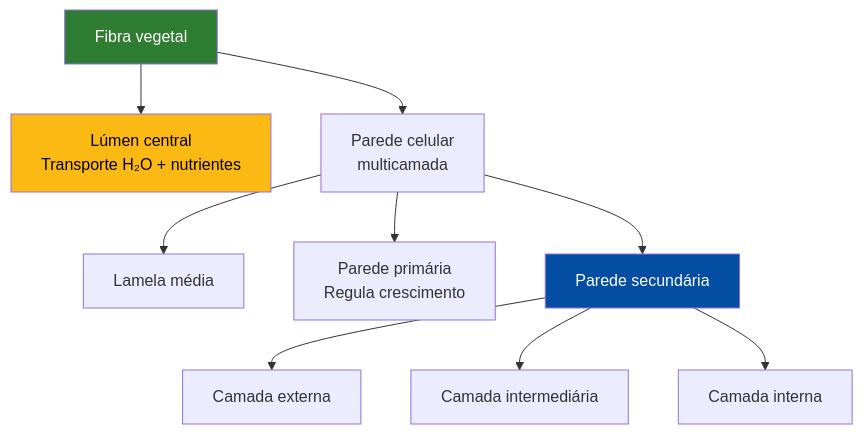
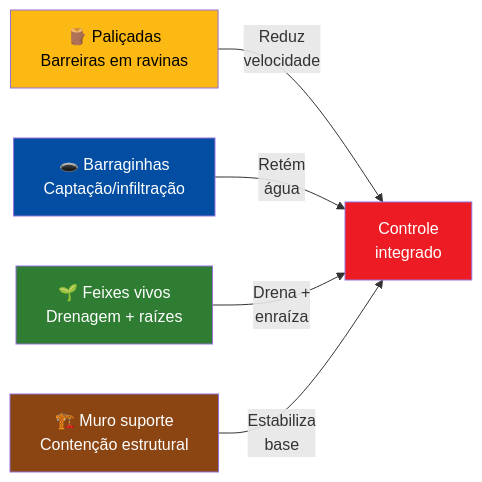
One commit to ldvsantos/cv changed the second of 10 diagrams in aulas/bioengenharia_de_solos/aulas/aula10_feixes_vivos/aula10_feixes_vivos.qmd. Above: the diagram before and after it, drawn with Mermaid. The commit also changed other lines of this file and 23 other files, not shown here.

Commit message:
Aula 10: reestrutura feixes vivos  inicia por tecnicas de bioengenharia (6 tecnicas do paper XXIII SBRH), drenos verdes apos; adiciona 7 fotos de especies vegetais (Wikimedia) e 7 fotos de referencia das tecnicas

````diff
--- a/aulas/bioengenharia_de_solos/aulas/aula10_feixes_vivos/aula10_feixes_vivos.qmd
+++ b/aulas/bioengenharia_de_solos/aulas/aula10_feixes_vivos/aula10_feixes_vivos.qmd
@@ -176,15 +368,13 @@
 ```{mermaid}
-%%| fig-width: 4.5
-graph TB
-    A["Fibra vegetal"] --> B["Lúmen central<br>Transporte H₂O + nutrientes"]
-    A --> C["Parede celular<br>multicamada"]
-    C --> D["Lamela média"]
-    C --> E["Parede primária<br>Regula crescimento"]
-    C --> F["Parede secundária"]
-    F --> G["Camada externa"]
-    F --> H["Camada intermediária"]
-    F --> I["Camada interna"]
-    style A fill:#2E7D32,color:#fff
-    style B fill:#FDB913,color:#000
-    style F fill:#034EA2,color:#fff
+%%| fig-width: 5
+graph LR
+    A["🪵 Paliçadas<br>Barreiras em ravinas"] -->|"Reduz<br>velocidade"| D["Controle<br>integrado"]
+    B["🕳️ Barraginhas<br>Captação/infiltração"] -->|"Retém<br>água"| D
+    C["🌱 Feixes vivos<br>Drenagem + raízes"] -->|"Drena +<br>enraíza"| D
+    E["🏗️ Muro suporte<br>Contenção estrutural"] -->|"Estabiliza<br>base"| D
+    style A fill:#FDB913,color:#000
+    style B fill:#034EA2,color:#fff
+    style C fill:#2E7D32,color:#fff
+    style E fill:#8B4513,color:#fff
+    style D fill:#ED1C24,color:#fff
 ```
````
